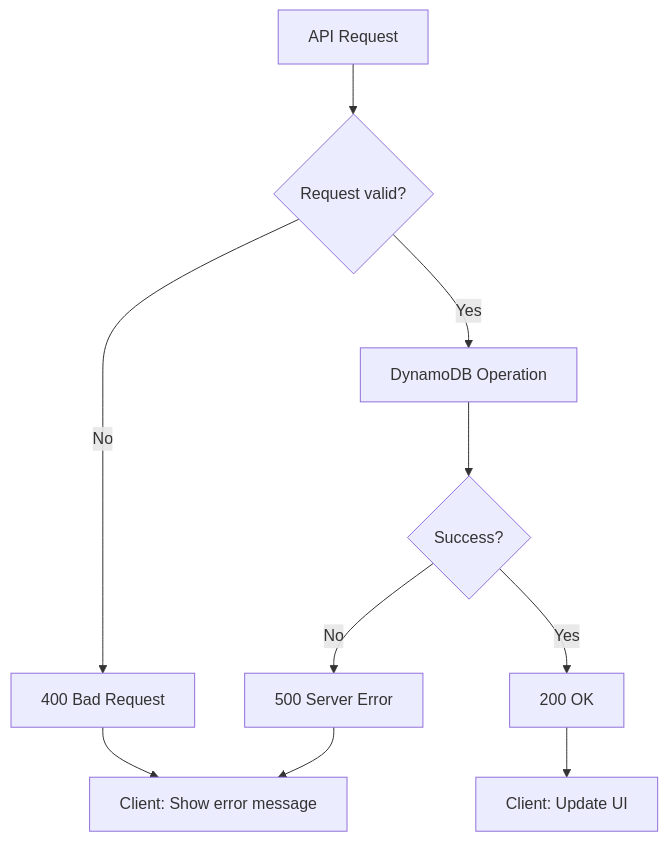
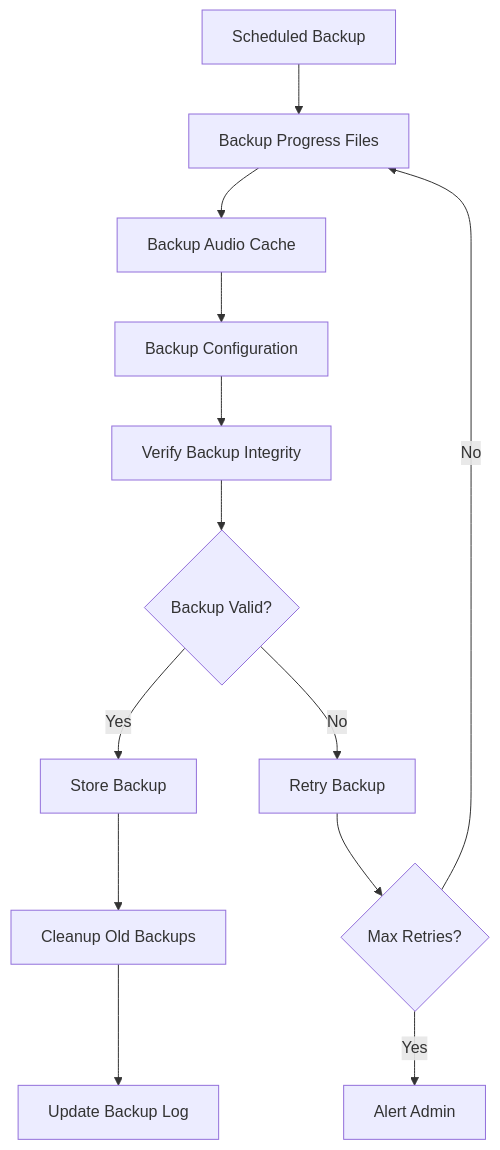
Before and after one commit to getOffIt/spellingWebsite: diagram 15 of 15 in .sop/summary/workflows.md, drawn with Mermaid. The commit also changed other lines of this file and 17 other files, not shown here.

````diff
--- a/.sop/summary/workflows.md
+++ b/.sop/summary/workflows.md
@@ -239,12 +342,15 @@
 ```mermaid
 flowchart TD
-    A[API Request] --> B{Request valid?}
-    B -->|No| C[400 Bad Request]
-    B -->|Yes| D[DynamoDB Operation]
-    D --> E{Success?}
-    E -->|No| F[500 Server Error]
-    E -->|Yes| G[200 OK]
-    C --> H[Client: Show error message]
-    F --> H
-    G --> I[Client: Update UI]
+    A[Scheduled Backup] --> B[Backup Progress Files]
+    B --> C[Backup Audio Cache]
+    C --> D[Backup Configuration]
+    D --> E[Verify Backup Integrity]
+    E --> F{Backup Valid?}
+    F -->|Yes| G[Store Backup]
+    F -->|No| H[Retry Backup]
+    H --> I{Max Retries?}
+    I -->|No| B
+    I -->|Yes| J[Alert Admin]
+    G --> K[Cleanup Old Backups]
+    K --> L[Update Backup Log]
 ```
````
